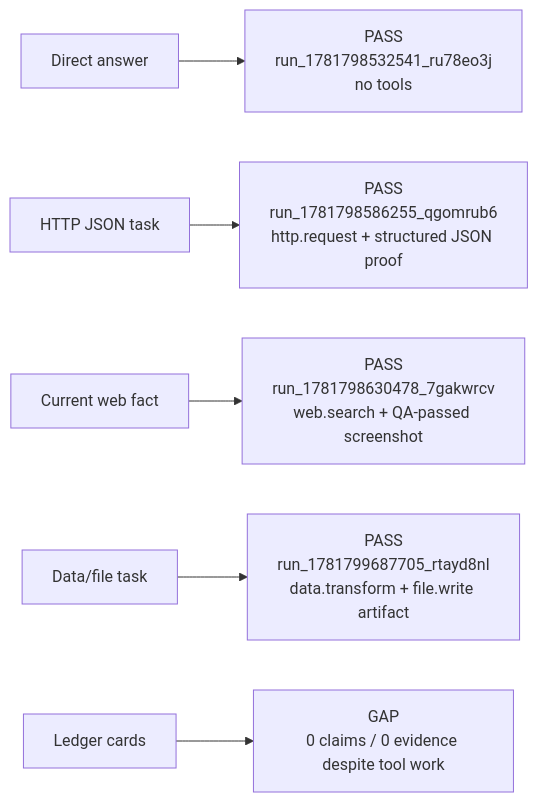
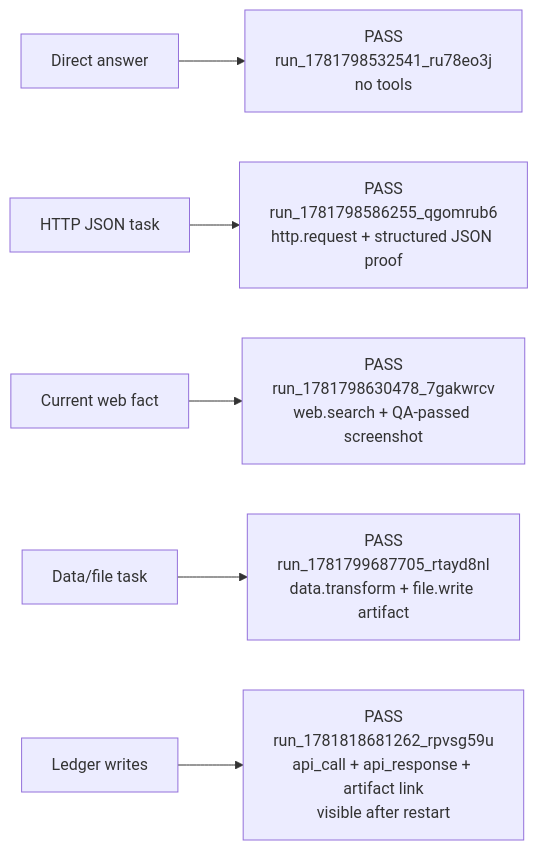
One commit to ruler47/agentic changed the diagram in docs/agent-handoff.md. Above: the diagram before and after it, drawn with Mermaid. The commit also changed other lines of this file and 9 other files, not shown here.

````diff
--- a/docs/agent-handoff.md
+++ b/docs/agent-handoff.md
@@ -43,8 +43,8 @@
 ```mermaid
 flowchart LR
   A["Direct answer"] --> A1["PASS\nrun_1781798532541_ru78eo3j\nno tools"]
   B["HTTP JSON task"] --> B1["PASS\nrun_1781798586255_qgomrub6\nhttp.request + structured JSON proof"]
   C["Current web fact"] --> C1["PASS\nrun_1781798630478_7gakwrcv\nweb.search + QA-passed screenshot"]
   D["Data/file task"] --> D1["PASS\nrun_1781799687705_rtayd8nl\ndata.transform + file.write artifact"]
-  E["Ledger cards"] --> E1["GAP\n0 claims / 0 evidence despite tool work"]
+  E["Ledger writes"] --> E1["PASS\nrun_1781818681262_rpvsg59u\napi_call + api_response + artifact link\nvisible after restart"]
 ```
````
